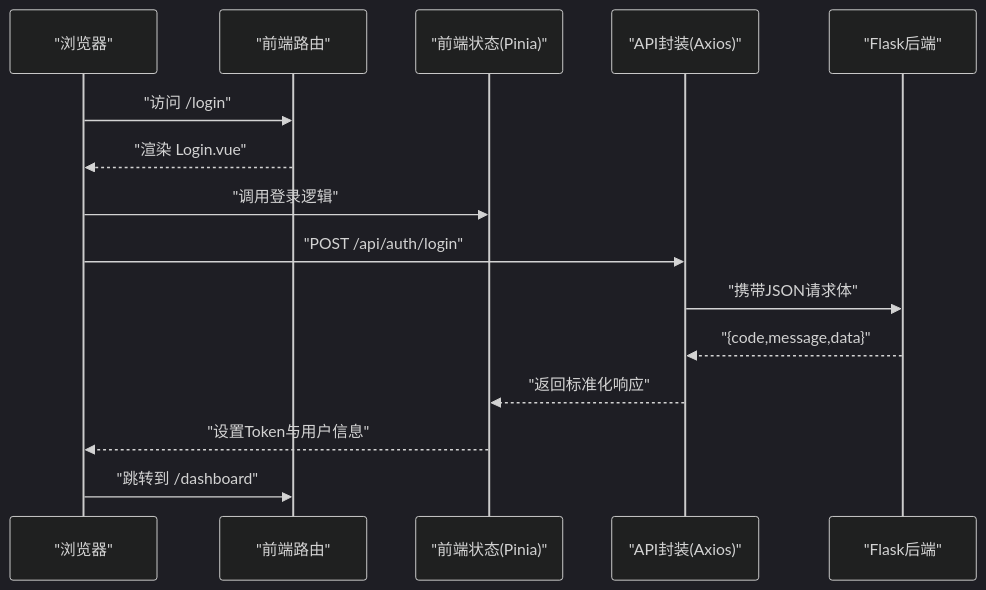
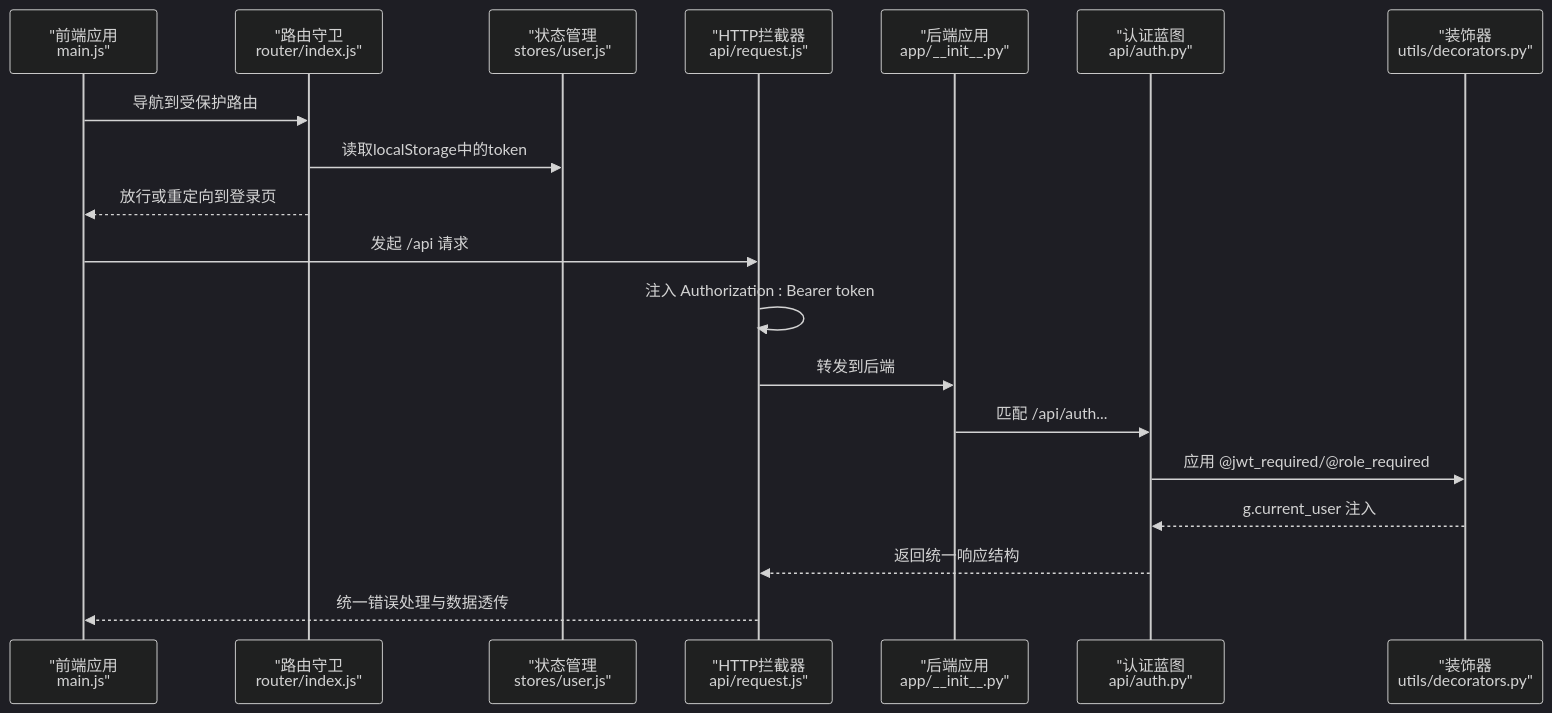
The second of 4 diagrams in .qoder/repowiki/zh/content/开发指南/代码规范.md (ismine3/OPS), drawn with Mermaid (dark theme) before and after one commit. The commit also changed other lines of this file and 109 other files, not shown here.

````diff
--- a/.qoder/repowiki/zh/content/开发指南/代码规范.md
+++ b/.qoder/repowiki/zh/content/开发指南/代码规范.md
@@ -112,17 +111,21 @@
 ```mermaid
 sequenceDiagram
-participant U as "浏览器"
-participant R as "前端路由"
-participant S as "前端状态(Pinia)"
-participant A as "API封装(Axios)"
-participant B as "Flask后端"
-U->>R : "访问 /login"
-R-->>U : "渲染 Login.vue"
-U->>S : "调用登录逻辑"
-U->>A : "POST /api/auth/login"
-A->>B : "携带JSON请求体"
-B-->>A : "{code,message,data}"
-A-->>S : "返回标准化响应"
-S-->>U : "设置Token与用户信息"
-U->>R : "跳转到 /dashboard"
+participant FE as "前端应用<br/>main.js"
+participant RT as "路由守卫<br/>router/index.js"
+participant ST as "状态管理<br/>stores/user.js"
+participant AX as "HTTP拦截器<br/>api/request.js"
+participant BE as "后端应用<br/>app/__init__.py"
+participant BP as "认证蓝图<br/>api/auth.py"
+participant DC as "装饰器<br/>utils/decorators.py"
+FE->>RT : 导航到受保护路由
+RT->>ST : 读取localStorage中的token
+RT-->>FE : 放行或重定向到登录页
+FE->>AX : 发起 /api 请求
+AX->>AX : 注入 Authorization : Bearer token
+AX->>BE : 转发到后端
+BE->>BP : 匹配 /api/auth...
+BP->>DC : 应用 @jwt_required/@role_required
+DC-->>BP : g.current_user 注入
+BP-->>AX : 返回统一响应结构
+AX-->>FE : 统一错误处理与数据透传
 ```
````
